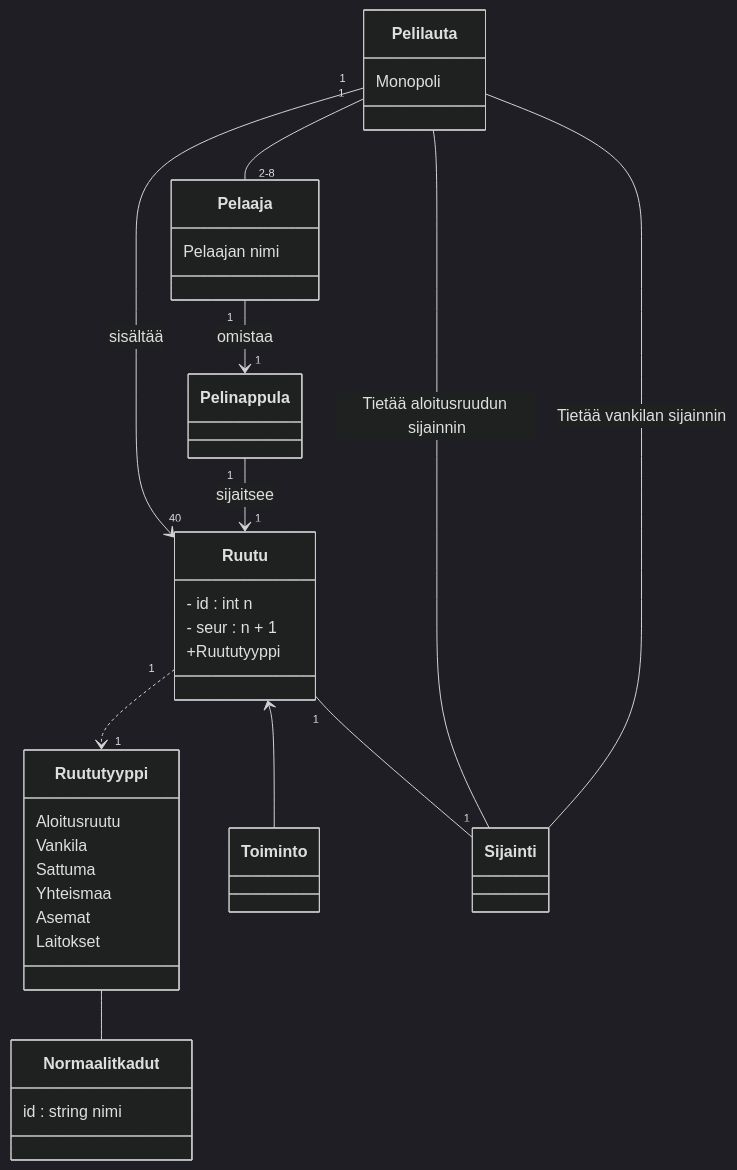
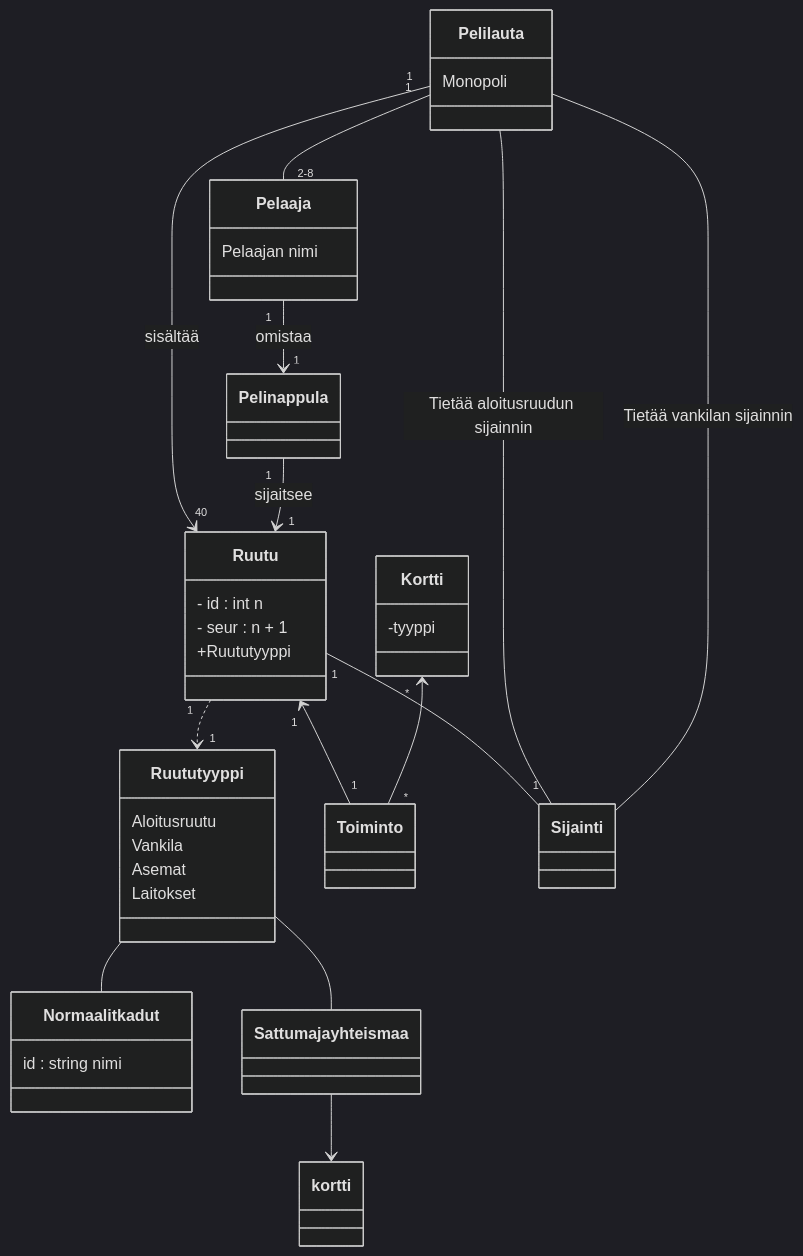
The diagram in laskarit/viikko3/monopoli.md (brotholi/ot-harjoitustyo), drawn with Mermaid (dark theme) before and after one commit.

````diff
--- a/laskarit/viikko3/monopoli.md
+++ b/laskarit/viikko3/monopoli.md
@@ -1,63 +1,72 @@
 ```mermaid
  classDiagram
     
     
     class Pelaaja {
         Pelaajan nimi
     }
 
     class Pelilauta {
      Monopoli 
     }
     
     
     class Ruutu {
     - id : int n
     - seur : n + 1
      +Ruututyyppi 
     
     }
     
     class Ruututyyppi {
      Aloitusruutu
      Vankila
-     Sattuma
-     Yhteismaa
      Asemat
      Laitokset
    
     }
     
     
 
     class Normaalit kadut {
     id : string nimi
     }
          
     class Pelinappula {
     }
     
     class Toiminto {
     
     }
     
+    class Kortti {
+    -tyyppi
+    
+    }
+    
 
     Pelilauta "1" -- "2-8" Pelaaja
 
     Pelaaja "1" --> "1" Pelinappula : omistaa
     Pelilauta "1" --> "40" Ruutu : sisältää
     Pelinappula "1" --> "1" Ruutu : sijaitsee
 
     Ruutu "1" ..> "1" Ruututyyppi 
     Ruututyyppi -- Normaalit kadut
+    Ruututyyppi -- Sattuma ja yhteismaa
+    Sattuma ja yhteismaa --> kortti
+    
     Ruutu "1" -- "1" Sijainti
     
     Pelilauta -- Sijainti : Tietää aloitusruudun sijainnin
     Pelilauta -- Sijainti : Tietää vankilan sijainnin
     
-    Ruutu <-- Toiminto
+    Ruutu "1" <-- "1" Toiminto
+    
+    Kortti "*" <-- "*" Toiminto
+    
     
 
 
     
 ```
````
